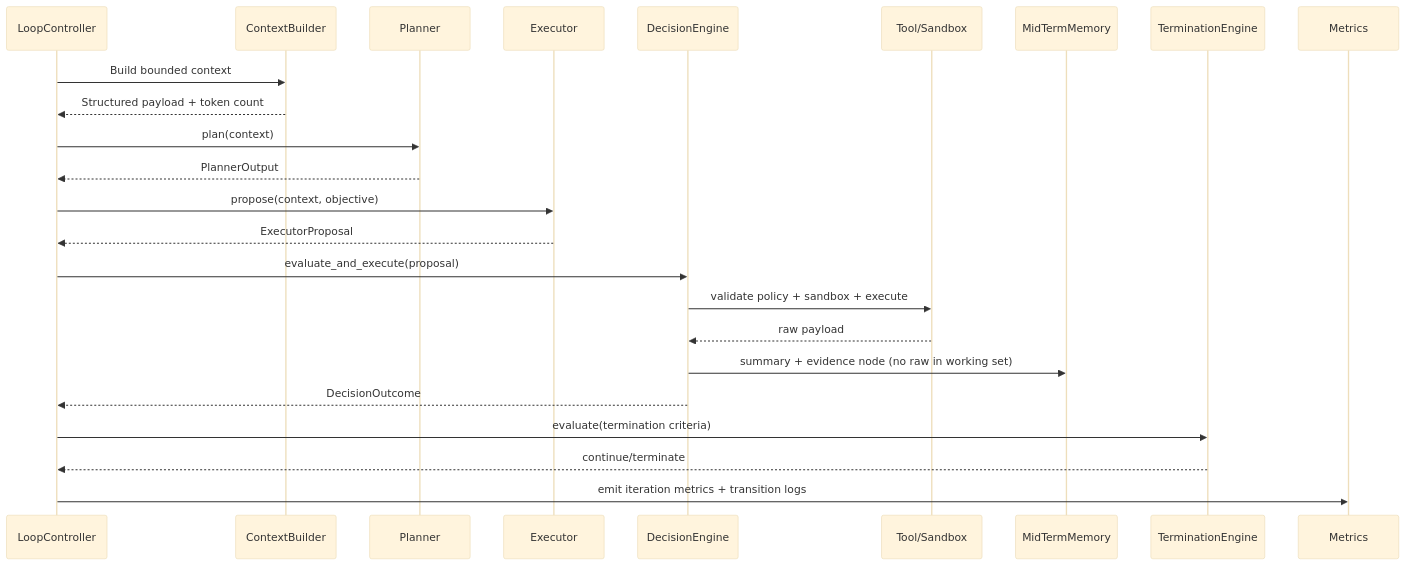
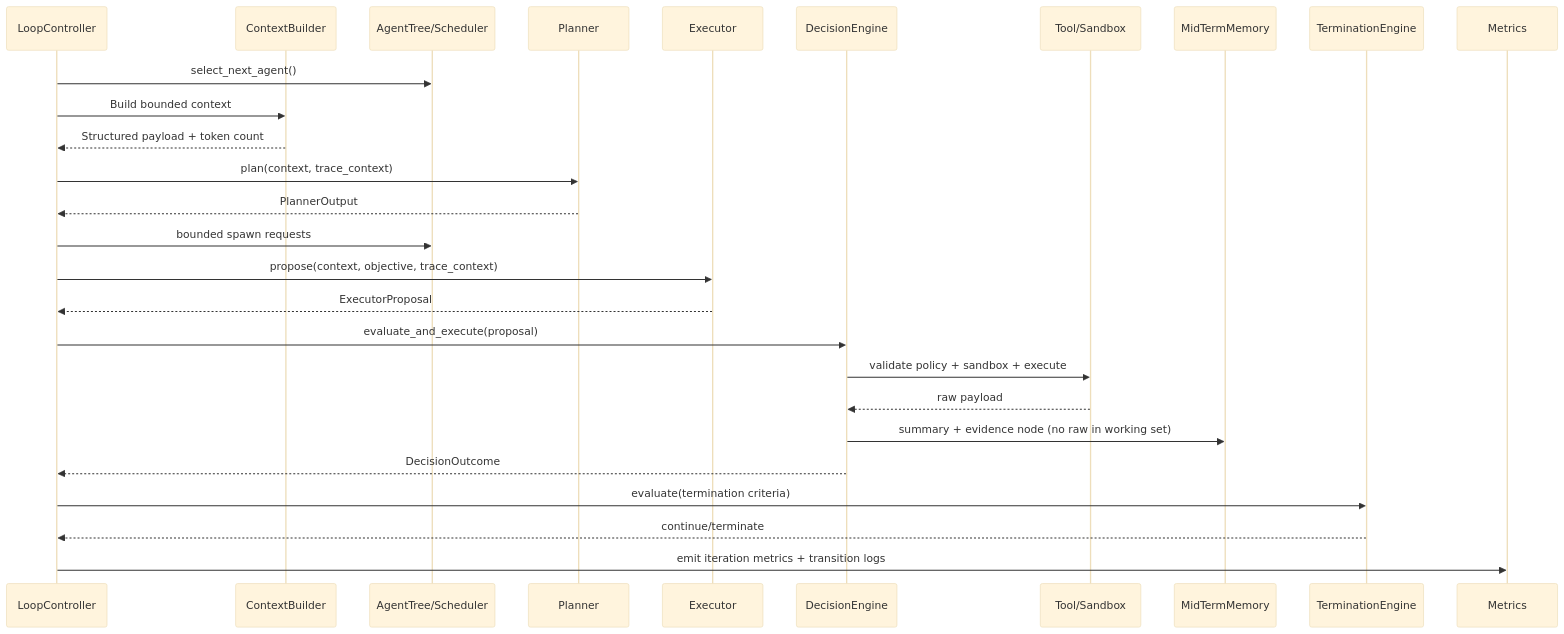
Before and after one commit to agrawal-prateek/AgentCore: the second of 3 diagrams in agent_core/architecture.md, drawn with Mermaid (base theme). The commit also changed other lines of this file and 15 other files, not shown here.

````diff
--- a/agent_core/architecture.md
+++ b/agent_core/architecture.md
@@ -83,27 +89,30 @@
 ```mermaid
 sequenceDiagram
     participant LC as LoopController
     participant Ctx as ContextBuilder
+    participant Agent as AgentTree/Scheduler
     participant Pln as Planner
     participant Exe as Executor
     participant Dec as DecisionEngine
     participant Tool as Tool/Sandbox
     participant Mem as MidTermMemory
     participant Term as TerminationEngine
     participant Obs as Metrics
 
+    LC->>Agent: select_next_agent()
     LC->>Ctx: Build bounded context
     Ctx-->>LC: Structured payload + token count
-    LC->>Pln: plan(context)
+    LC->>Pln: plan(context, trace_context)
     Pln-->>LC: PlannerOutput
-    LC->>Exe: propose(context, objective)
+    LC->>Agent: bounded spawn requests
+    LC->>Exe: propose(context, objective, trace_context)
     Exe-->>LC: ExecutorProposal
     LC->>Dec: evaluate_and_execute(proposal)
     Dec->>Tool: validate policy + sandbox + execute
     Tool-->>Dec: raw payload
     Dec->>Mem: summary + evidence node (no raw in working set)
     Dec-->>LC: DecisionOutcome
     LC->>Term: evaluate(termination criteria)
     Term-->>LC: continue/terminate
     LC->>Obs: emit iteration metrics + transition logs
 ```
````
